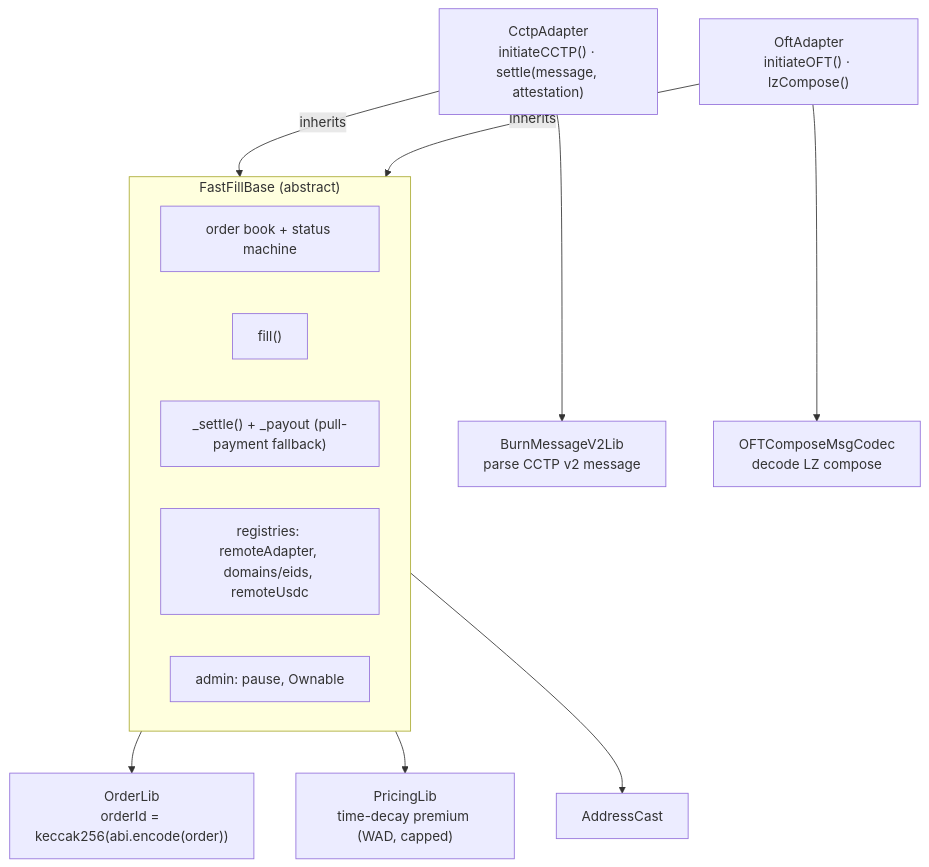
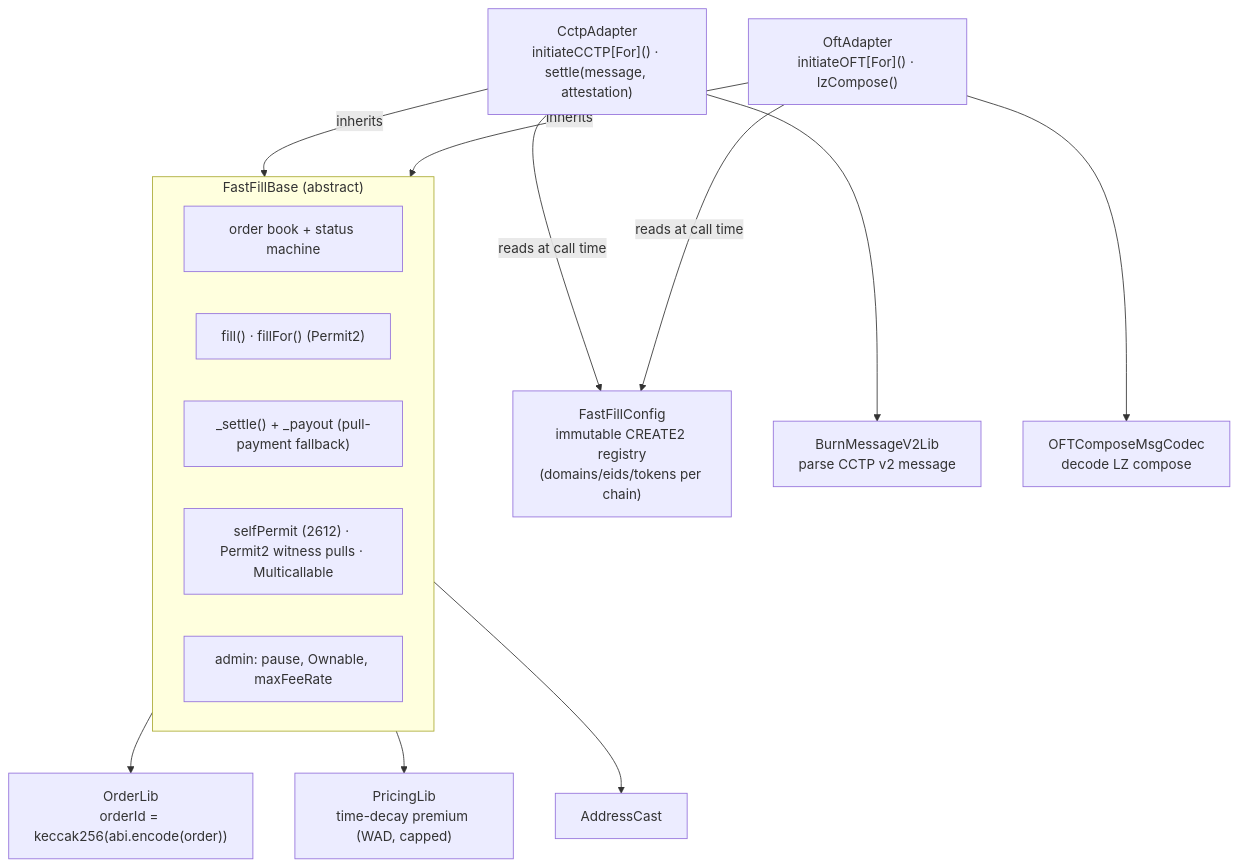
The first of 7 diagrams in docs/ARCHITECTURE.md (KaiCode2/fast-fill), drawn with Mermaid before and after one commit. The commit also changed other lines of this file and 2 other files, not shown here.

First line of the commit message:
docs: refresh README + ARCHITECTURE for the config registry & permit flows

````diff
--- a/docs/ARCHITECTURE.md
+++ b/docs/ARCHITECTURE.md
@@ -19,28 +19,31 @@
 ```mermaid
 flowchart TB
     subgraph BASE["FastFillBase (abstract)"]
         OB["order book + status machine"]
-        FILL["fill()"]
+        FILL["fill() · fillFor() (Permit2)"]
         SET["_settle() + _payout (pull-payment fallback)"]
-        REG["registries: remoteAdapter, domains/eids, remoteUsdc"]
-        ADM["admin: pause, Ownable"]
+        PMT["selfPermit (2612) · Permit2 witness pulls · Multicallable"]
+        ADM["admin: pause, Ownable, maxFeeRate"]
     end
 
-    CA["CctpAdapter<br/>initiateCCTP() · settle(message, attestation)"]
-    OA["OftAdapter<br/>initiateOFT() · lzCompose()"]
+    CA["CctpAdapter<br/>initiateCCTP[For]() · settle(message, attestation)"]
+    OA["OftAdapter<br/>initiateOFT[For]() · lzCompose()"]
 
     CA -- inherits --> BASE
     OA -- inherits --> BASE
 
+    CFG["FastFillConfig<br/>immutable CREATE2 registry<br/>(domains/eids/tokens per chain)"]
     OL["OrderLib<br/>orderId = keccak256(abi.encode(order))"]
     PL["PricingLib<br/>time-decay premium (WAD, capped)"]
     BL["BurnMessageV2Lib<br/>parse CCTP v2 message"]
     CC["OFTComposeMsgCodec<br/>decode LZ compose"]
     AC["AddressCast"]
 
     BASE --> OL
     BASE --> PL
     BASE --> AC
+    CA -- "reads at call time" --> CFG
+    OA -- "reads at call time" --> CFG
     CA --> BL
     OA --> CC
 ```
````
